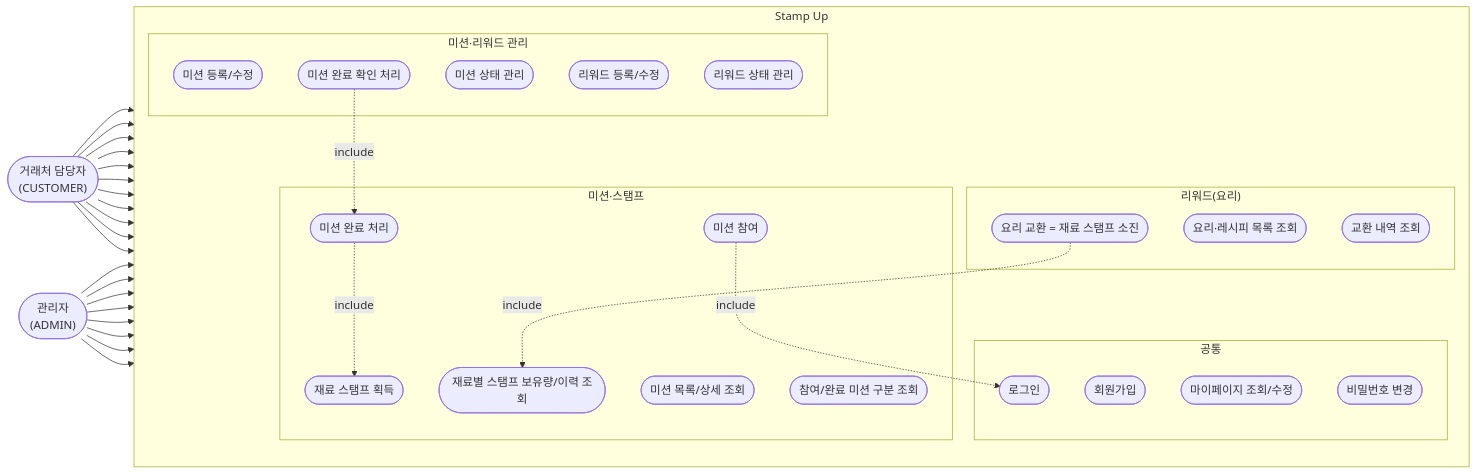
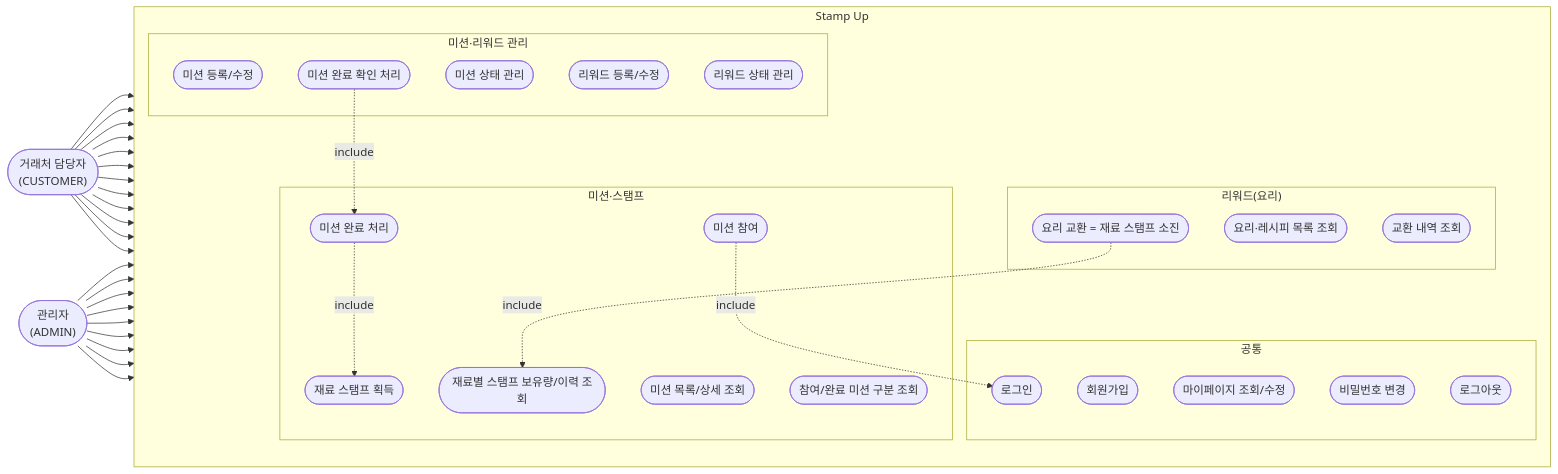
One commit to liah123/b2b-promo changed the diagram in docs/2-usecase.md. Above: the diagram before and after it, drawn with Mermaid. The commit also changed other lines of this file and 2 other files, not shown here.

Commit message:
docs: add PRD, sync auth (access/refresh token, admin seed) and logout across docs

````diff
--- a/docs/2-usecase.md
+++ b/docs/2-usecase.md
@@ -5,65 +5,68 @@
 ```mermaid
 flowchart LR
     customer(["거래처 담당자<br/>(CUSTOMER)"])
     admin(["관리자<br/>(ADMIN)"])
 
     subgraph system["Stamp Up"]
         direction TB
 
         subgraph common["공통"]
             UC01([회원가입])
             UC02([로그인])
             UC03([마이페이지 조회/수정])
             UC04([비밀번호 변경])
+            UC05([로그아웃])
         end
 
         subgraph mission["미션·스탬프"]
             UC10([미션 목록/상세 조회])
             UC11([미션 참여])
             UC12([참여/완료 미션 구분 조회])
             UC13([미션 완료 처리])
             UC14([재료 스탬프 획득])
             UC15([재료별 스탬프 보유량/이력 조회])
         end
 
         subgraph reward["리워드(요리)"]
             UC20([요리·레시피 목록 조회])
             UC21([요리 교환 = 재료 스탬프 소진])
             UC22([교환 내역 조회])
         end
 
         subgraph adminOps["미션·리워드 관리"]
             UC30([미션 등록/수정])
             UC31([미션 상태 관리])
             UC32([미션 완료 확인 처리])
             UC33([리워드 등록/수정])
             UC34([리워드 상태 관리])
         end
     end
 
     customer --> UC01
     customer --> UC02
     customer --> UC03
     customer --> UC04
+    customer --> UC05
     customer --> UC10
     customer --> UC11
     customer --> UC12
     customer --> UC15
     customer --> UC20
     customer --> UC21
     customer --> UC22
 
     admin --> UC02
     admin --> UC03
     admin --> UC04
+    admin --> UC05
     admin --> UC30
     admin --> UC31
     admin --> UC32
     admin --> UC33
     admin --> UC34
 
     UC11 -. include .-> UC02
     UC13 -. include .-> UC14
     UC32 -. include .-> UC13
     UC21 -. include .-> UC15
 ```
````
